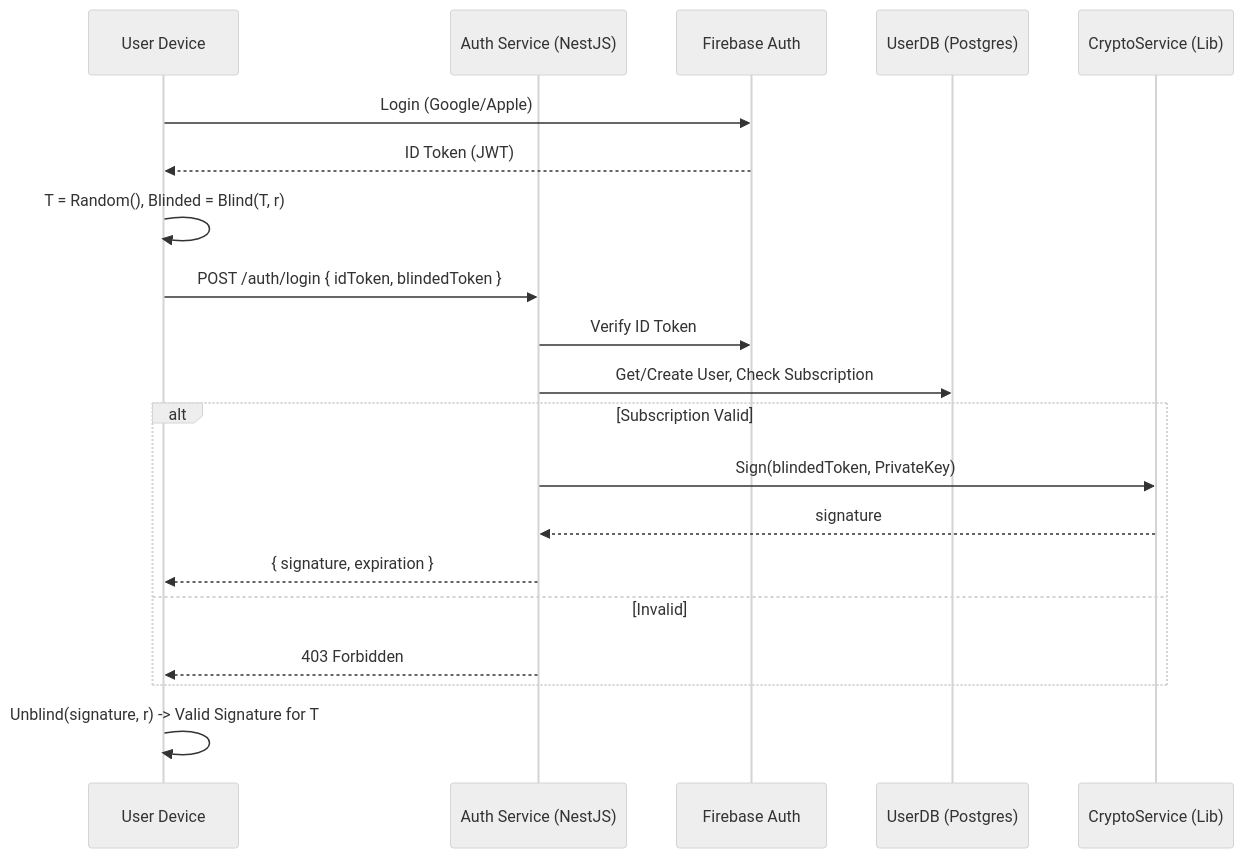
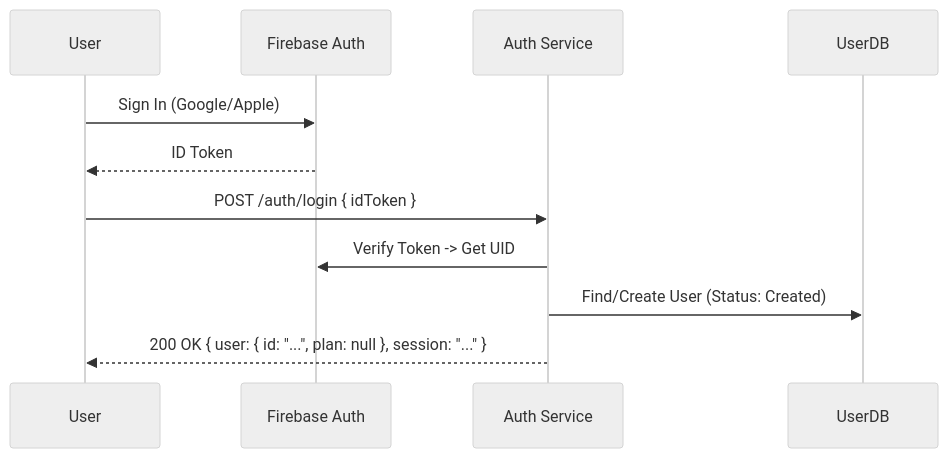
The fourth of 23 diagrams in new/architecture/B2C_BACKEND_DESIGN.md (Keen-VPN/docs), drawn with Mermaid (neutral theme) before and after one commit. The commit also changed other lines of this file and 6 other files, not shown here.

Commit message:
Updated the backend architecture

````diff
--- a/new/architecture/B2C_BACKEND_DESIGN.md
+++ b/new/architecture/B2C_BACKEND_DESIGN.md
@@ -48,27 +206,14 @@
-```mermaid
-sequenceDiagram
-    participant User as User Device
-    participant Auth as Auth Service (NestJS)
-    participant FB as Firebase Auth
-    participant DB as UserDB (Postgres)
-    participant Crypto as CryptoService (Lib)
+    ```mermaid
+    sequenceDiagram
+        participant User
+        participant FB as Firebase Auth
+        participant Auth as Auth Service
+        participant DB as UserDB
 
-    User->>FB: Login (Google/Apple)
-    FB-->>User: ID Token (JWT)
-    
-    User->>User: T = Random(), Blinded = Blind(T, r)
-    User->>Auth: POST /auth/login { idToken, blindedToken }
-    
-    Auth->>FB: Verify ID Token
-    Auth->>DB: Get/Create User, Check Subscription
-    
-    alt Subscription Valid
-        Auth->>Crypto: Sign(blindedToken, PrivateKey)
-        Crypto-->>Auth: signature
-        Auth-->>User: { signature, expiration }
-    else Invalid
-        Auth-->>User: 403 Forbidden
-    end
-    
-    User->>User: Unblind(signature, r) -> Valid Signature for T
-```
+        User->>FB: Sign In (Google/Apple)
+        FB-->>User: ID Token
+        User->>Auth: POST /auth/login { idToken }
+        Auth->>FB: Verify Token -> Get UID
+        Auth->>DB: Find/Create User (Status: Created)
+        Auth-->>User: 200 OK { user: { id: "...", plan: null }, session: "..." }
+    ```
````
